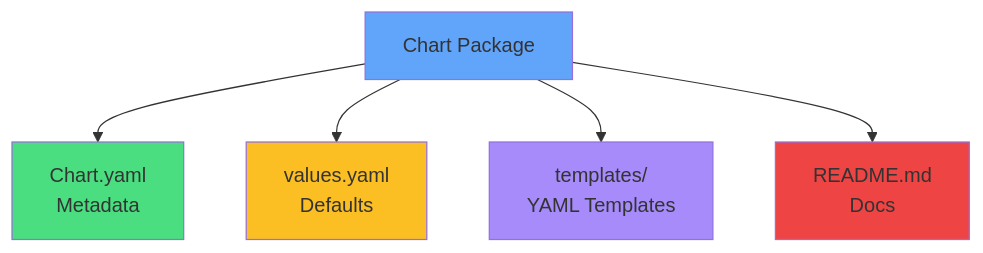
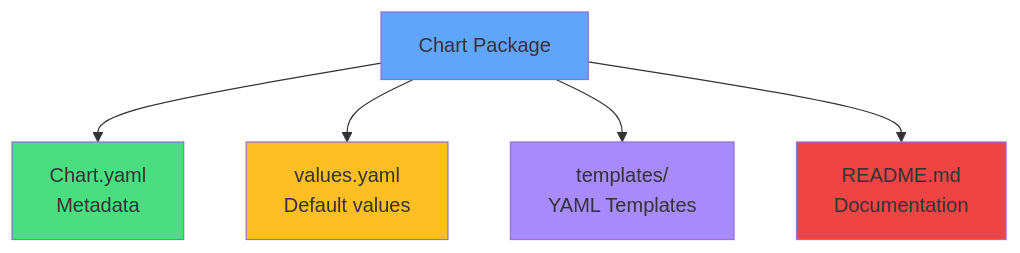
The fourth of 11 diagrams in slides/helm/slides.md (courselabs/kubernetes), drawn with Mermaid before and after one commit. The commit also changed other lines of this file and 5 other files, not shown here.

````diff
--- a/slides/helm/slides.md
+++ b/slides/helm/slides.md
@@ -154,12 +172,12 @@
 ```mermaid
 graph TB
     C[Chart Package] --> M[Chart.yaml<br/>Metadata]
-    C --> V[values.yaml<br/>Defaults]
+    C --> V[values.yaml<br/>Default values]
     C --> T[templates/<br/>YAML Templates]
-    C --> R[README.md<br/>Docs]
+    C --> R[README.md<br/>Documentation]
     style C fill:#60a5fa
     style M fill:#4ade80
     style V fill:#fbbf24
     style T fill:#a78bfa
     style R fill:#ef4444
 ```
````
